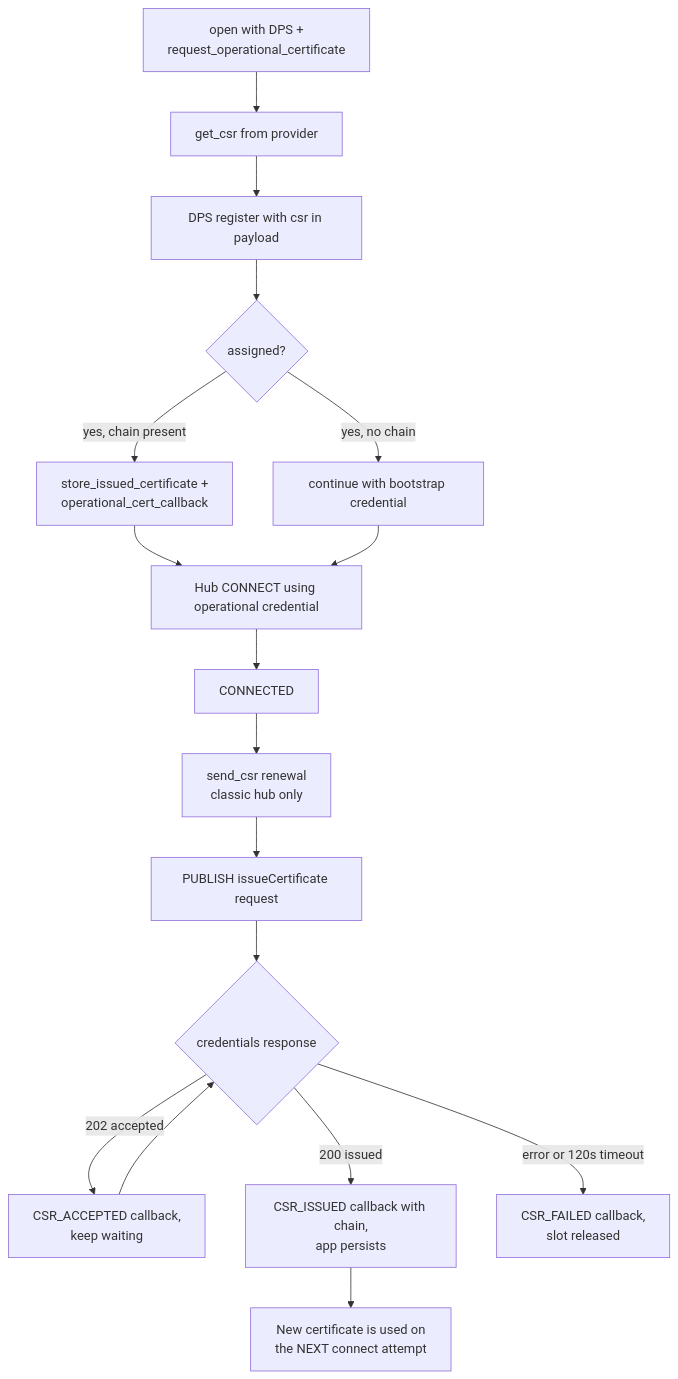
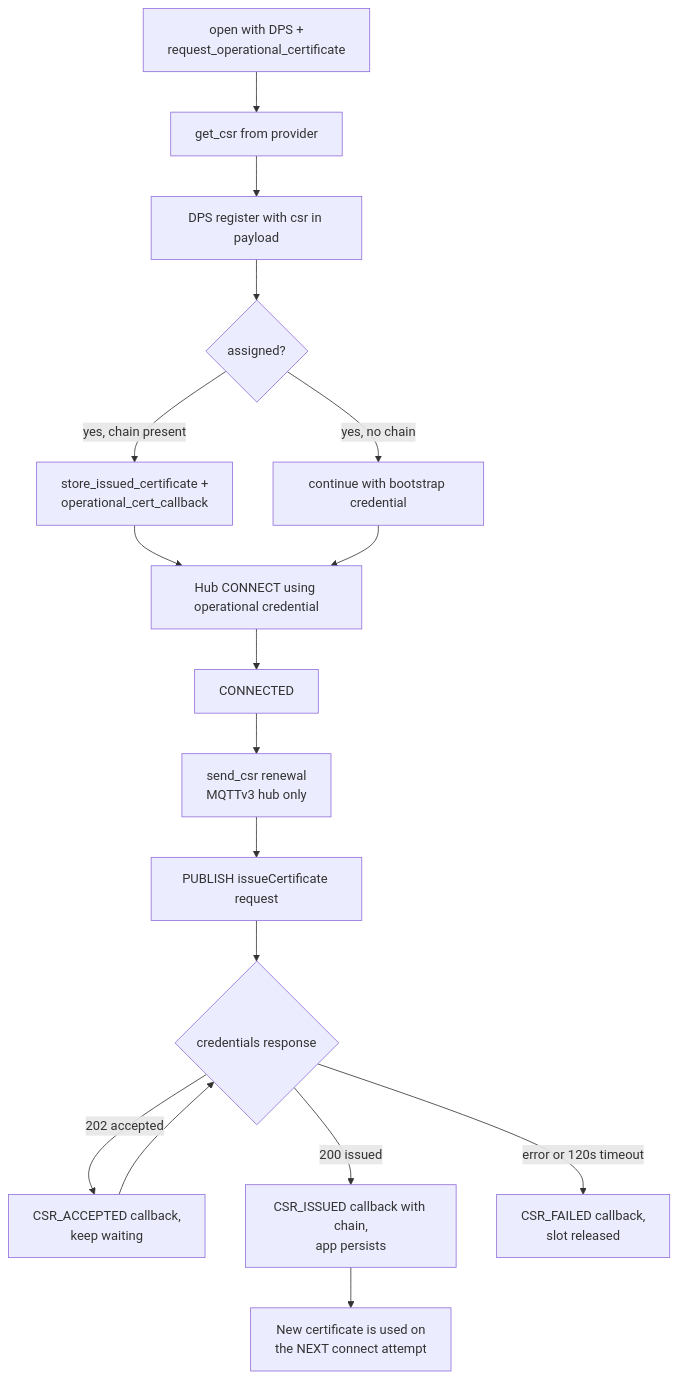
One commit to Azure/azure-iot-sdk changed the sixth of 9 diagrams in c/docs/connection.md. Above: the diagram before and after it, drawn with Mermaid. The commit also changed other lines of this file and 98 other files, not shown here.

````diff
--- a/c/docs/connection.md
+++ b/c/docs/connection.md
@@ -432,20 +432,20 @@
 ```mermaid
 flowchart TD
     A["open with DPS +<br/>request_operational_certificate"] --> B[get_csr from provider]
     B --> C["DPS register with csr in payload"]
     C --> D{assigned?}
     D -->|"yes, chain present"| E["store_issued_certificate +<br/>operational_cert_callback"]
     D -->|"yes, no chain"| F["continue with bootstrap credential"]
     E --> G["Hub CONNECT using operational credential"]
     F --> G
 
     G --> H[CONNECTED]
-    H --> I["send_csr renewal<br/>classic hub only"]
+    H --> I["send_csr renewal<br/>MQTTv3 hub only"]
     I --> J["PUBLISH issueCertificate request"]
     J --> K{credentials response}
     K -->|202 accepted| L["CSR_ACCEPTED callback,<br/>keep waiting"]
     L --> K
     K -->|200 issued| M["CSR_ISSUED callback with chain,<br/>app persists"]
     K -->|"error or 120s timeout"| N["CSR_FAILED callback,<br/>slot released"]
     M --> O["New certificate is used on<br/>the NEXT connect attempt"]
 ```
````
